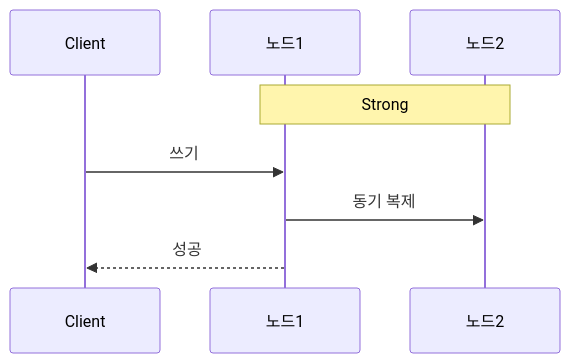
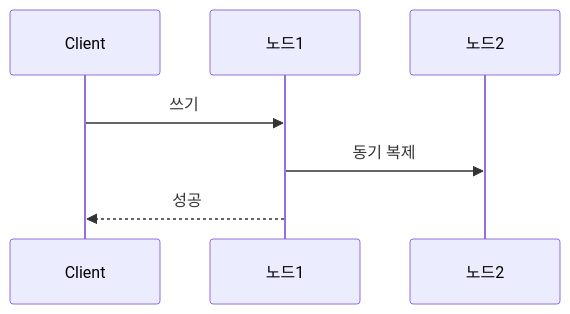
One commit to gwonmin/QuizNox_front changed the first of 2 diagrams in public/handbook/core-cs/consistency-model.md. Above: the diagram before and after it, drawn with Mermaid. The commit also changed other lines of this file and 125 other files, not shown here.

````diff
--- a/public/handbook/core-cs/consistency-model.md
+++ b/public/handbook/core-cs/consistency-model.md
@@ -21,10 +24,9 @@
 ```mermaid
 sequenceDiagram
   participant C as Client
   participant N1 as 노드1
   participant N2 as 노드2
-  Note over N1,N2: Strong
   C->>N1: 쓰기
   N1->>N2: 동기 복제
   N1-->>C: 성공
 ```
````
